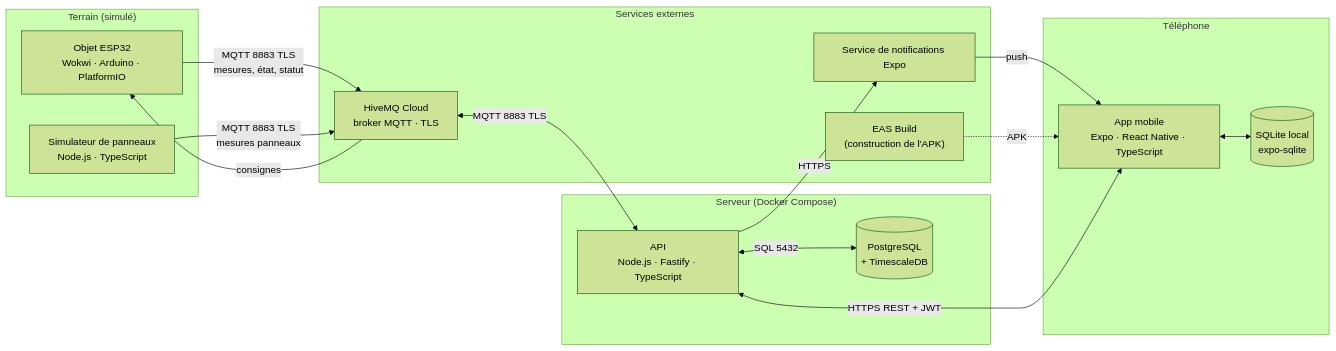
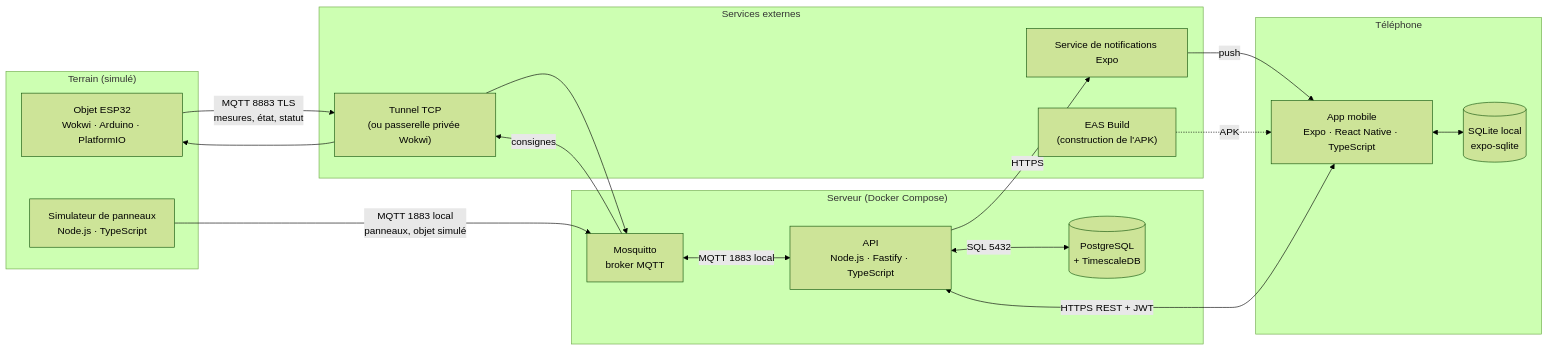
Before and after one commit to SamuelLnds/proj-app-mobile-co: the first of 2 diagrams in docs/conception/03-cartographie-technique.md, drawn with Mermaid (forest theme). The commit also changed other lines of this file and 116 other files, not shown here.

````diff
--- a/docs/conception/03-cartographie-technique.md
+++ b/docs/conception/03-cartographie-technique.md
@@ -11,34 +11,37 @@
 ```mermaid
 flowchart LR
   subgraph field["Terrain (simulé)"]
     ESP["Objet ESP32<br/>Wokwi · Arduino · PlatformIO"]
     SIM["Simulateur de panneaux<br/>Node.js · TypeScript"]
   end
 
   subgraph external["Services externes"]
-    MQ["HiveMQ Cloud<br/>broker MQTT · TLS"]
+    TUN["Tunnel TCP<br/>(ou passerelle privée Wokwi)"]
     EXPO["Service de notifications Expo"]
     EAS["EAS Build<br/>(construction de l'APK)"]
   end
 
   subgraph server["Serveur (Docker Compose)"]
     API["API<br/>Node.js · Fastify · TypeScript"]
     DB[("PostgreSQL<br/>+ TimescaleDB")]
+    MQ["Mosquitto<br/>broker MQTT"]
   end
 
   subgraph phone["Téléphone"]
     APP["App mobile<br/>Expo · React Native · TypeScript"]
     LOCAL[("SQLite local<br/>expo-sqlite")]
   end
 
-  ESP -- "MQTT 8883 TLS<br/>mesures, état, statut" --> MQ
-  MQ -- "consignes" --> ESP
-  SIM -- "MQTT 8883 TLS<br/>mesures panneaux" --> MQ
-  MQ <-- "MQTT 8883 TLS" --> API
+  ESP -- "MQTT 8883 TLS<br/>mesures, état, statut" --> TUN
+  TUN --> MQ
+  MQ -- "consignes" --> TUN
+  TUN --> ESP
+  SIM -- "MQTT 1883 local<br/>panneaux, objet simulé" --> MQ
+  MQ <-- "MQTT 1883 local" --> API
   API <-- "SQL 5432" --> DB
   APP <-- "HTTPS REST + JWT" --> API
   APP <--> LOCAL
   API -- "HTTPS" --> EXPO
   EXPO -- "push" --> APP
   EAS -. "APK" .-> APP
 ```
````
